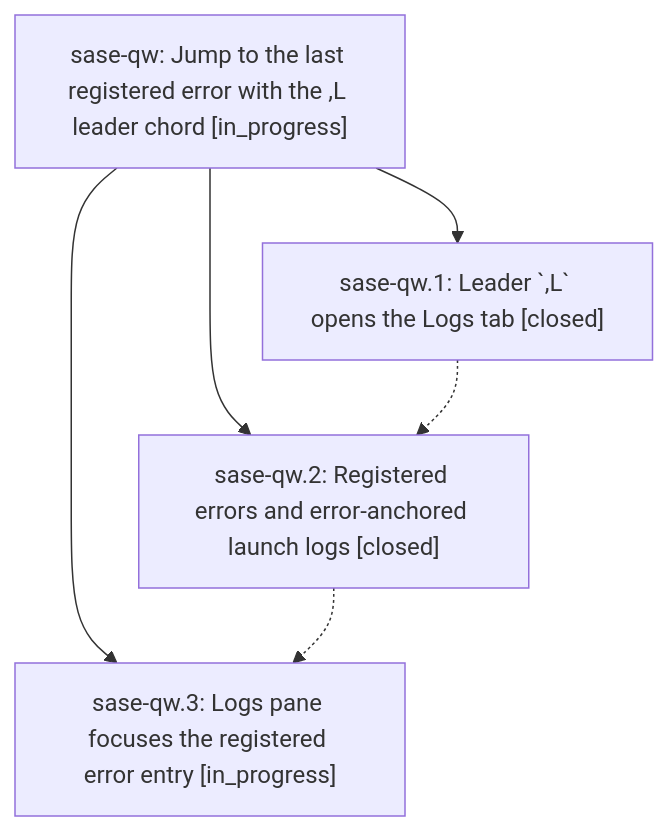
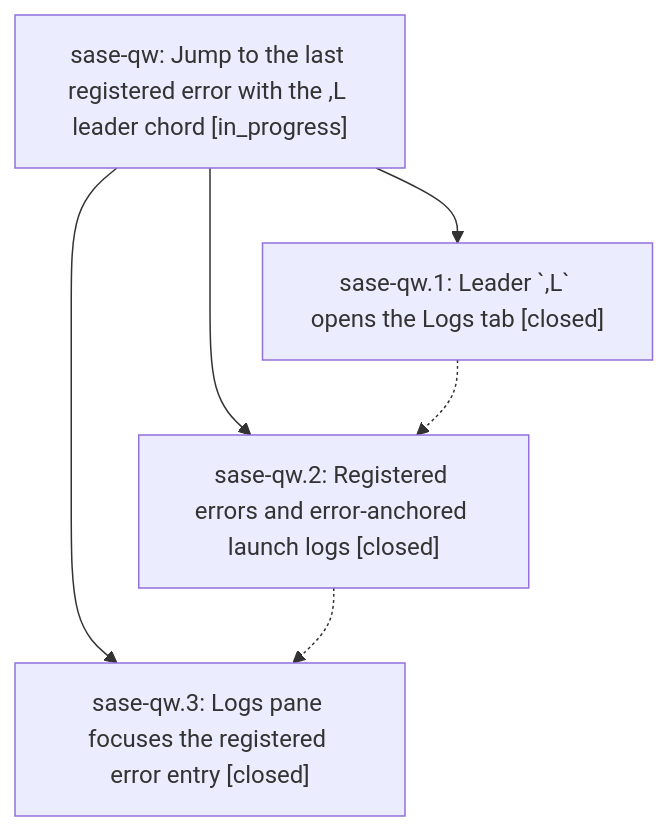
The diagram in pages/sase-qw/README.md (sase-org/sase--beads), drawn with Mermaid before and after one commit. The commit also changed other lines of this file and 2 other files, not shown here.

First line of the commit message:
chore(beads): sync bead state and pages for sase-qw

````diff
--- a/pages/sase-qw/README.md
+++ b/pages/sase-qw/README.md
@@ -24,12 +24,12 @@
 ```mermaid
 flowchart TD
     n0["sase-qw: Jump to the last registered error with the ,L leader chord [in_progress]"]
     n1["sase-qw.1: Leader `,L` opens the Logs tab [closed]"]
     n2["sase-qw.2: Registered errors and error-anchored launch logs [closed]"]
-    n3["sase-qw.3: Logs pane focuses the registered error entry [in_progress]"]
+    n3["sase-qw.3: Logs pane focuses the registered error entry [closed]"]
     n0 --> n1
     n0 --> n2
     n0 --> n3
     n1 -.-> n2
     n2 -.-> n3
 ```
````
